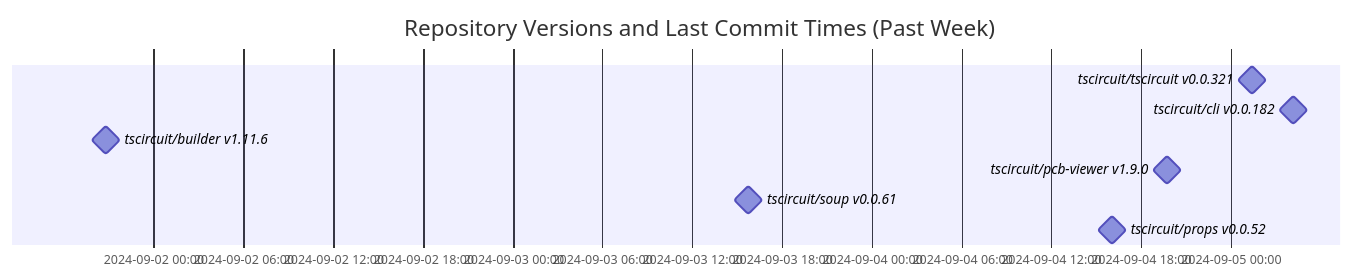
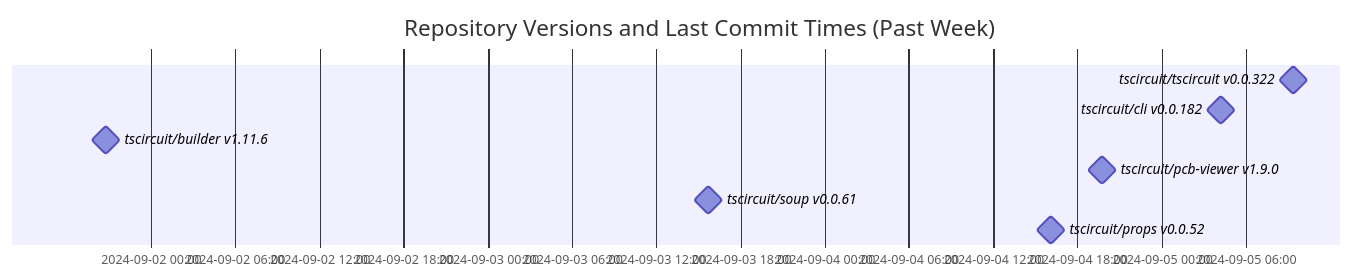
One commit to tscircuit/version-tracker changed the diagram in README.md. Above: the diagram before and after it, drawn with Mermaid.

Commit message:
Update chart

````diff
--- a/README.md
+++ b/README.md
@@ -1,13 +1,13 @@
 ```mermaid
 gantt
   dateFormat  YYYY-MM-DD HH:mm:ss
   title Repository Versions and Last Commit Times (Past Week)
   axisFormat %Y-%m-%d %H:%M
 
-  tscircuit/tscircuit v0.0.321 : milestone, 2024-09-05 01:24:51, 1s
+  tscircuit/tscircuit v0.0.322 : milestone, 2024-09-05 09:22:41, 1s
   tscircuit/cli v0.0.182 : milestone, 2024-09-05 04:10:53, 1s
   tscircuit/builder v1.11.6 : milestone, 2024-09-01 20:47:46, 1s
   tscircuit/pcb-viewer v1.9.0 : milestone, 2024-09-04 19:45:38, 1s
   tscircuit/soup v0.0.61 : milestone, 2024-09-03 15:44:43, 1s
   tscircuit/props v0.0.52 : milestone, 2024-09-04 16:05:55, 1s
 ```
````
